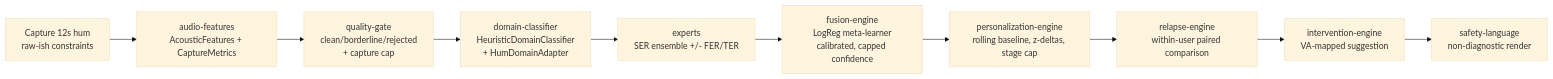
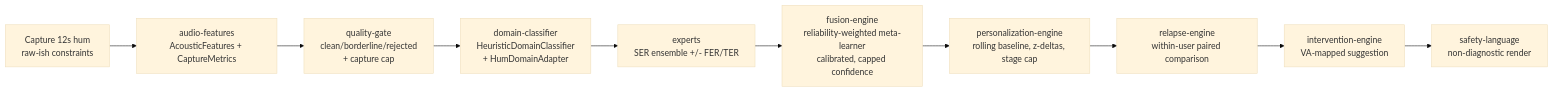
One commit to ishaan-bit/hum-ai changed the diagram in README.md. Above: the diagram before and after it, drawn with Mermaid (base theme). The commit also changed other lines of this file and 118 other files, not shown here.

````diff
--- a/README.md
+++ b/README.md
@@ -17,12 +17,12 @@
 ```mermaid
 flowchart LR
   A[Capture 12s hum<br/>raw-ish constraints] --> B[audio-features<br/>AcousticFeatures + CaptureMetrics]
   B --> C[quality-gate<br/>clean/borderline/rejected<br/>+ capture cap]
   C --> D[domain-classifier<br/>HeuristicDomainClassifier<br/>+ HumDomainAdapter]
   D --> E[experts<br/>SER ensemble +/- FER/TER]
-  E --> F[fusion-engine<br/>LogReg meta-learner<br/>calibrated, capped confidence]
+  E --> F[fusion-engine<br/>reliability-weighted meta-learner<br/>calibrated, capped confidence]
   F --> G[personalization-engine<br/>rolling baseline, z-deltas, stage cap]
   G --> H[relapse-engine<br/>within-user paired comparison]
   H --> I[intervention-engine<br/>VA-mapped suggestion]
   I --> J[safety-language<br/>non-diagnostic render]
 ```
````
